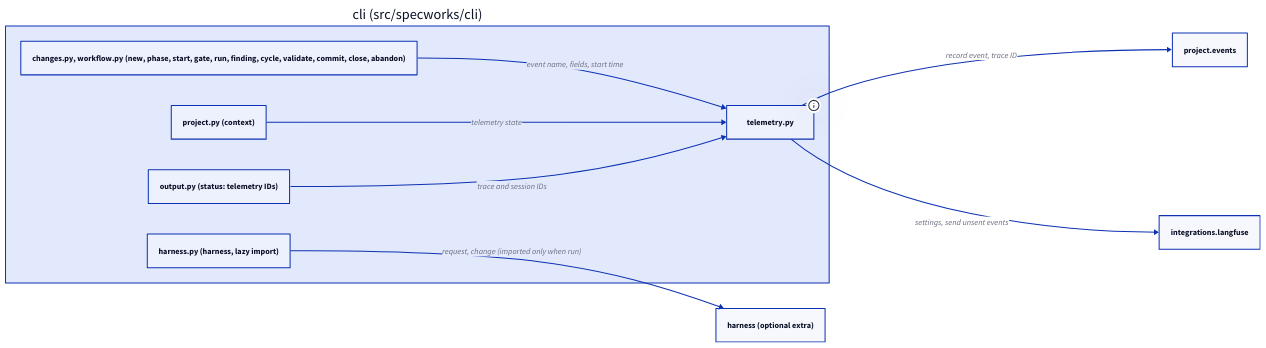
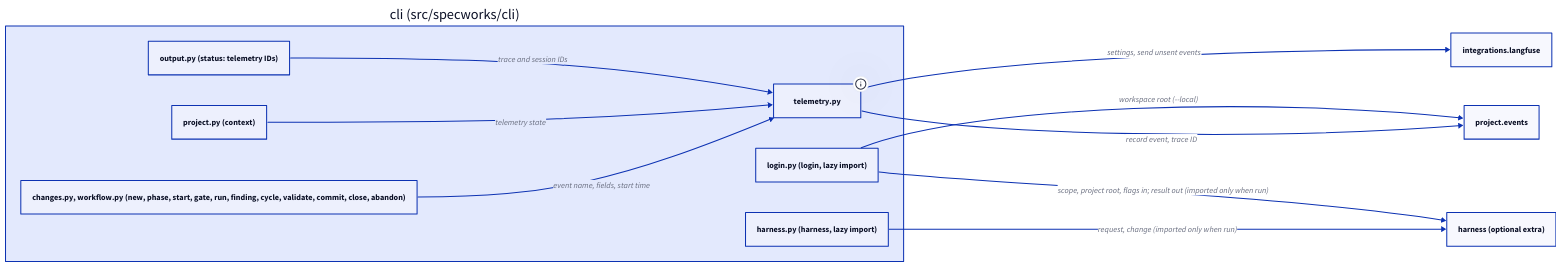
One commit to lcmonteiro/specworks changed the diagram in src/specworks/cli/docs/diagrams/cli-blocks.d2. Above: the diagram before and after it, drawn with D2. The commit also changed 23 other files, not shown here.

```diff
--- a/src/specworks/cli/docs/diagrams/cli-blocks.d2
+++ b/src/specworks/cli/docs/diagrams/cli-blocks.d2
@@ -1,23 +1,26 @@
 direction: right
 
 cli: cli (src/specworks/cli) {
   commands: "changes.py, workflow.py (new, phase, start, gate, run, finding, cycle, validate, commit, close, abandon)"
   telemetry: telemetry.py {
     tooltip: "record, telemetry_state, telemetry_ids, send_after_commit, telemetry push"
   }
   project_cmds: "project.py (context)"
   output: "output.py (status: telemetry IDs)"
   harness_cmd: "harness.py (harness, lazy import)"
+  login_cmd: "login.py (login, lazy import)"
 
   commands -> telemetry: event name, fields, start time
   project_cmds -> telemetry: telemetry state
   output -> telemetry: trace and session IDs
 }
 
 project: project.events
 integrations: integrations.langfuse
 harness: "harness (optional extra)"
 
 cli.telemetry -> project: record event, trace ID
 cli.telemetry -> integrations: settings, send unsent events
 cli.harness_cmd -> harness: "request, change (imported only when run)"
+cli.login_cmd -> harness: "scope, project root, flags in; result out (imported only when run)"
+cli.login_cmd -> project: "workspace root (--local)"
```
